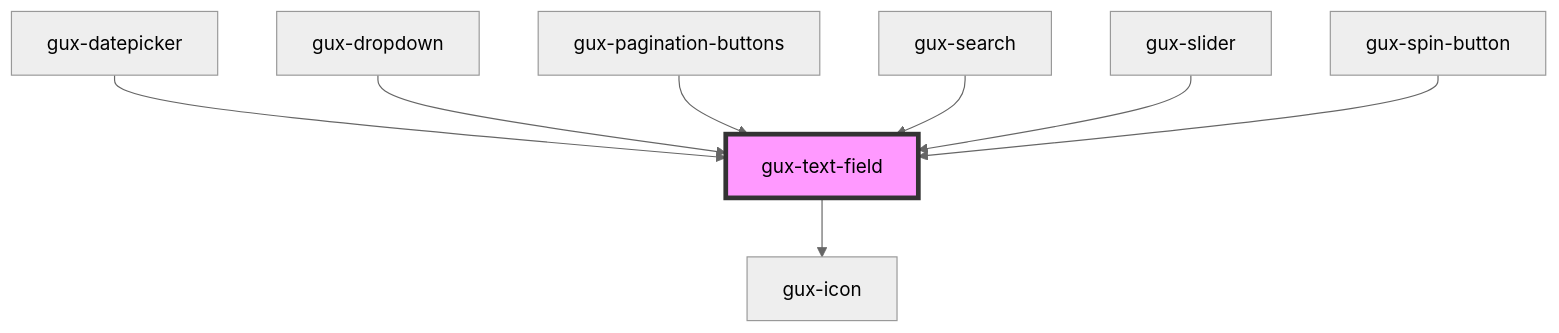
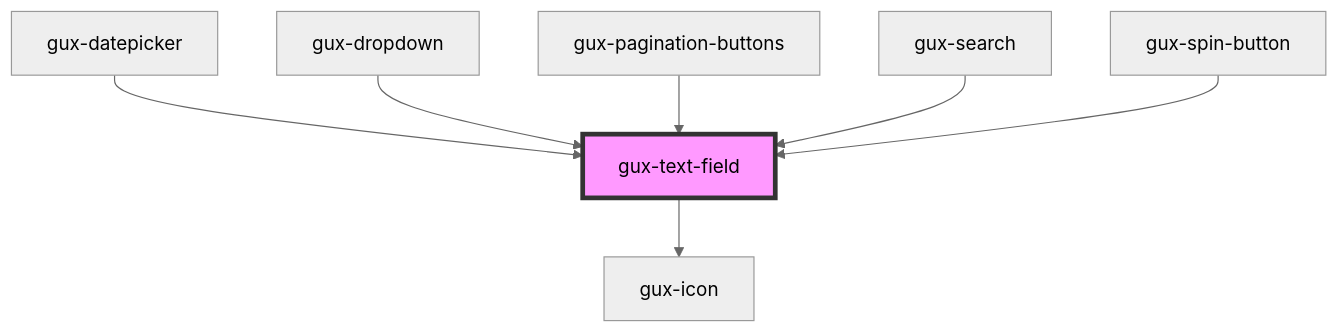
Before and after one commit to MyPureCloud/genesys-spark: the diagram in src/components/gux-text-field/readme.md, drawn with Mermaid (neutral theme). The commit also changed other lines of this file and 7 other files, not shown here.

First line of the commit message:
fix(gux-slider): removed text input field

````diff
--- a/src/components/gux-text-field/readme.md
+++ b/src/components/gux-text-field/readme.md
@@ -91,11 +90,10 @@
 ```mermaid
 graph TD;
   gux-text-field --> gux-icon
   gux-datepicker --> gux-text-field
   gux-dropdown --> gux-text-field
   gux-pagination-buttons --> gux-text-field
   gux-search --> gux-text-field
-  gux-slider --> gux-text-field
   gux-spin-button --> gux-text-field
   style gux-text-field fill:#f9f,stroke:#333,stroke-width:4px
 ```
````
